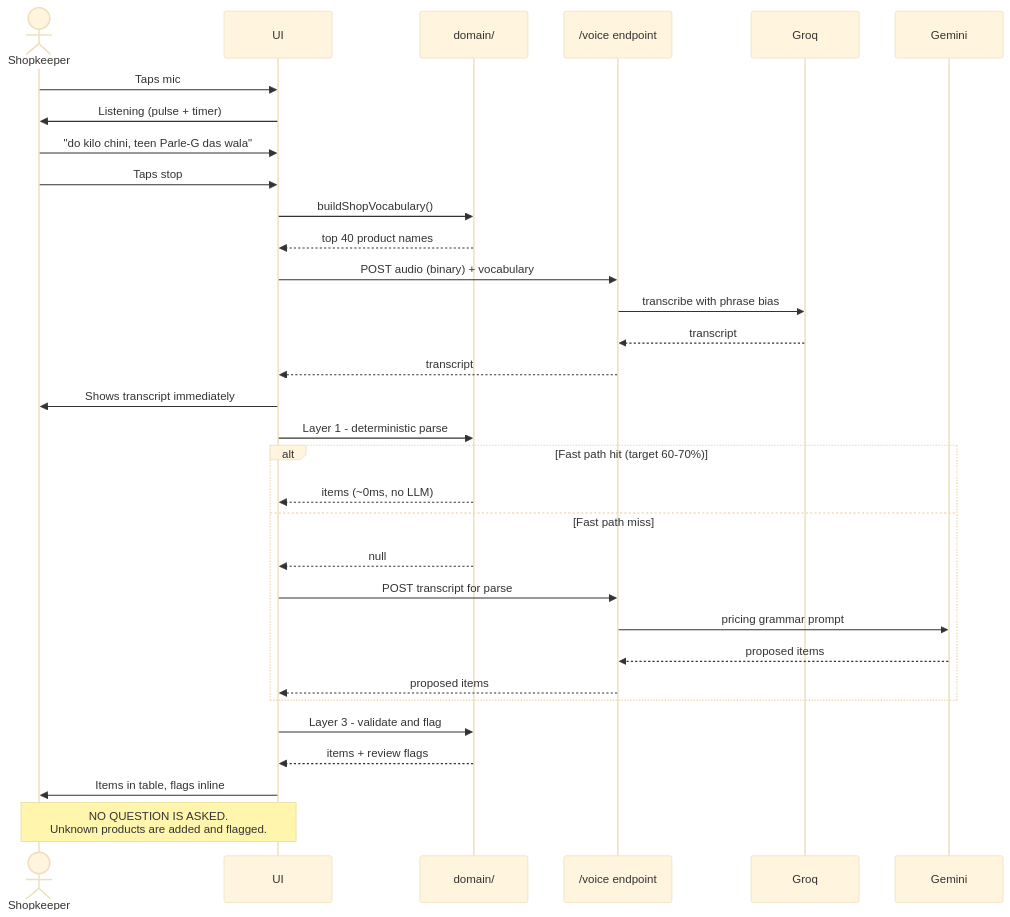
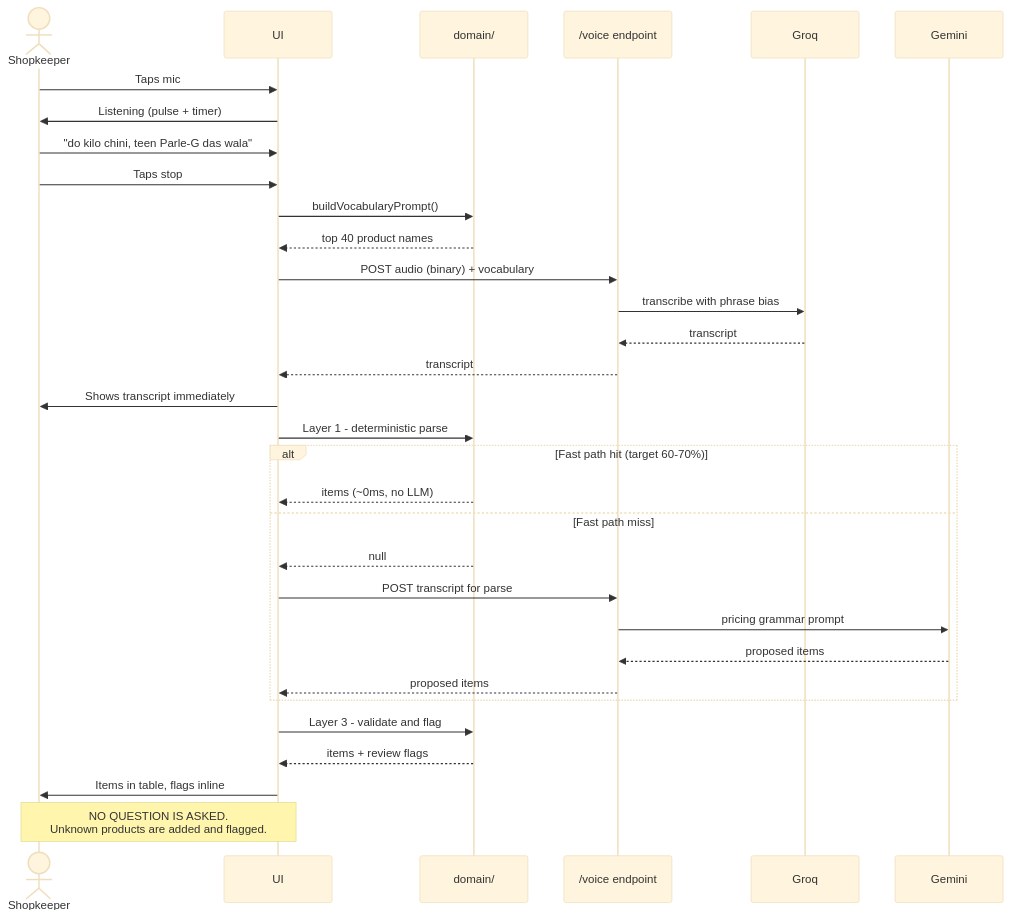
Before and after one commit to anshg05/kiranabill: the third of 8 diagrams in docs/16-APP-FLOW.md, drawn with Mermaid (base theme). The commit also changed other lines of this file and 8 other files, not shown here.

````diff
--- a/docs/16-APP-FLOW.md
+++ b/docs/16-APP-FLOW.md
@@ -97,39 +97,39 @@
 ```mermaid
 sequenceDiagram
     actor Shopkeeper
     participant UI
     participant Domain as domain/
     participant Voice as /voice endpoint
     participant Groq
     participant Gemini
 
     Shopkeeper->>UI: Taps mic
     UI->>Shopkeeper: Listening (pulse + timer)
     Shopkeeper->>UI: "do kilo chini, teen Parle-G das wala"
     Shopkeeper->>UI: Taps stop
 
-    UI->>Domain: buildShopVocabulary()
+    UI->>Domain: buildVocabularyPrompt()
     Domain-->>UI: top 40 product names
     UI->>Voice: POST audio (binary) + vocabulary
     Voice->>Groq: transcribe with phrase bias
     Groq-->>Voice: transcript
     Voice-->>UI: transcript
     UI->>Shopkeeper: Shows transcript immediately
 
     UI->>Domain: Layer 1 - deterministic parse
     alt Fast path hit (target 60-70%)
         Domain-->>UI: items (~0ms, no LLM)
     else Fast path miss
         Domain-->>UI: null
         UI->>Voice: POST transcript for parse
         Voice->>Gemini: pricing grammar prompt
         Gemini-->>Voice: proposed items
         Voice-->>UI: proposed items
     end
 
     UI->>Domain: Layer 3 - validate and flag
     Domain-->>UI: items + review flags
     UI->>Shopkeeper: Items in table, flags inline
 
     Note over Shopkeeper,UI: NO QUESTION IS ASKED.<br/>Unknown products are added and flagged.
 ```
````
